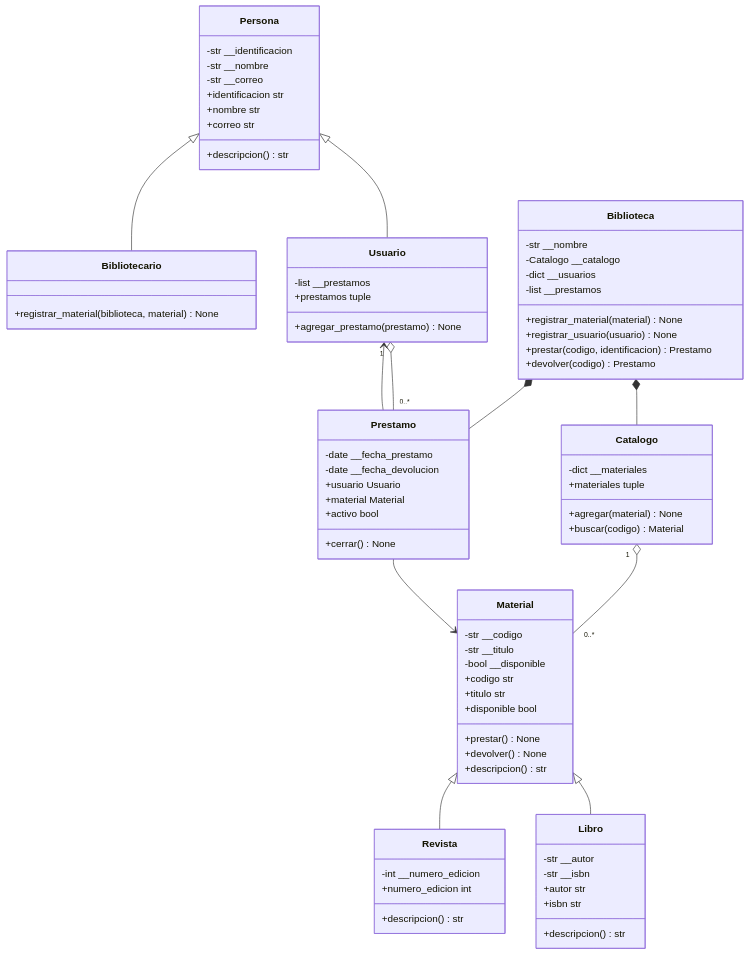
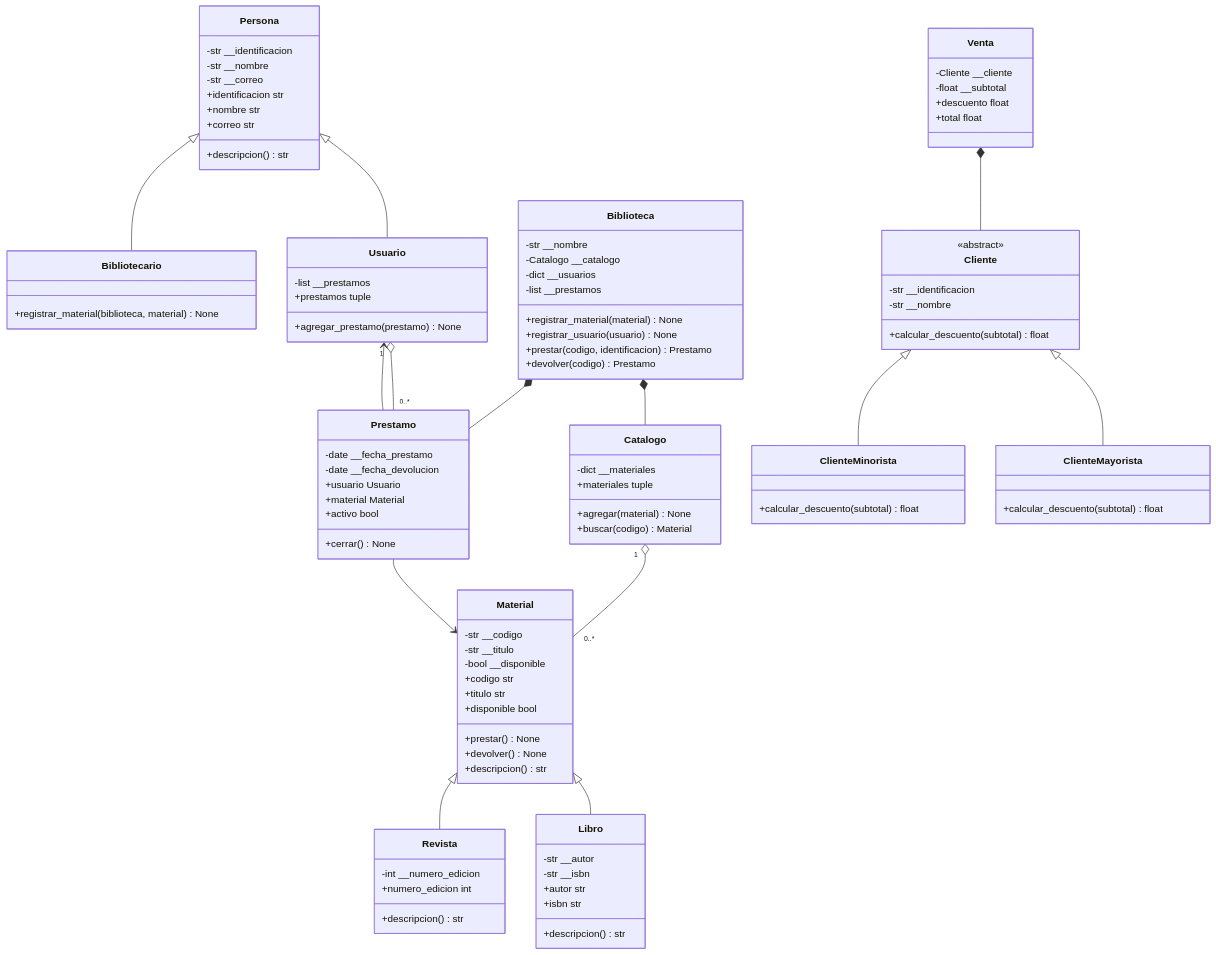
Before and after one commit to Lehendss/sistema-biblioteca-poo: the diagram in docs/diagrama_uml.md, drawn with Mermaid. The commit also changed 6 other files, not shown here.

````diff
--- a/docs/diagrama_uml.md
+++ b/docs/diagrama_uml.md
@@ -77,6 +77,28 @@
         +devolver(codigo) Prestamo
     }
 
+    class Cliente {
+        <<abstract>>
+        -str __identificacion
+        -str __nombre
+        +calcular_descuento(subtotal) float
+    }
+
+    class ClienteMayorista {
+        +calcular_descuento(subtotal) float
+    }
+
+    class ClienteMinorista {
+        +calcular_descuento(subtotal) float
+    }
+
+    class Venta {
+        -Cliente __cliente
+        -float __subtotal
+        +descuento float
+        +total float
+    }
+
     Persona <|-- Usuario
     Persona <|-- Bibliotecario
     Material <|-- Libro
@@ -87,4 +109,7 @@
     Prestamo --> Material
     Usuario "1" o-- "0..*" Prestamo
     Catalogo "1" o-- "0..*" Material
+    Cliente <|-- ClienteMayorista
+    Cliente <|-- ClienteMinorista
+    Venta *-- Cliente
 ```
````
